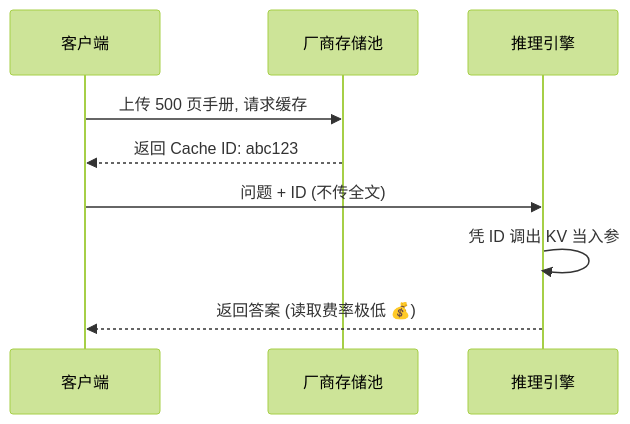
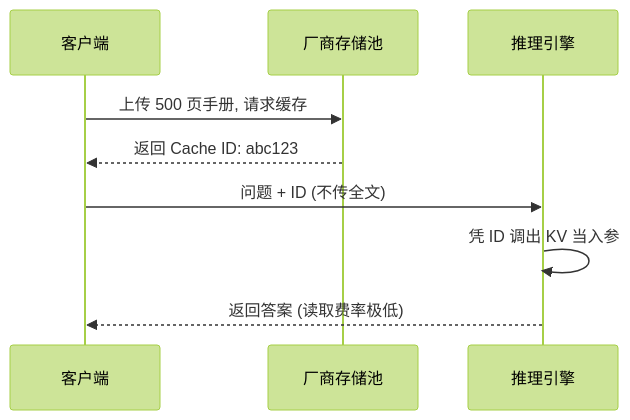
One commit to imjcw/imjcw.github.io changed the third of 8 diagrams in source/_posts/AI/2026-08-08_大模型推理与缓存机制.md. Above: the diagram before and after it, drawn with Mermaid (forest theme). The commit also changed other lines of this file and 11 other files, not shown here.

````diff
--- a/source/_posts/AI/2026-08-08_大模型推理与缓存机制.md
+++ b/source/_posts/AI/2026-08-08_大模型推理与缓存机制.md
@@ -54,11 +54,11 @@
 ```mermaid
 sequenceDiagram
     participant C as 客户端
     participant P as 厂商存储池
     participant E as 推理引擎
     C->>P: 上传 500 页手册, 请求缓存
     P-->>C: 返回 Cache ID: abc123
     C->>E: 问题 + ID (不传全文)
     E->>E: 凭 ID 调出 KV 当入参
-    E-->>C: 返回答案 (读取费率极低 💰)
+    E-->>C: 返回答案 (读取费率极低)
 ```
````
